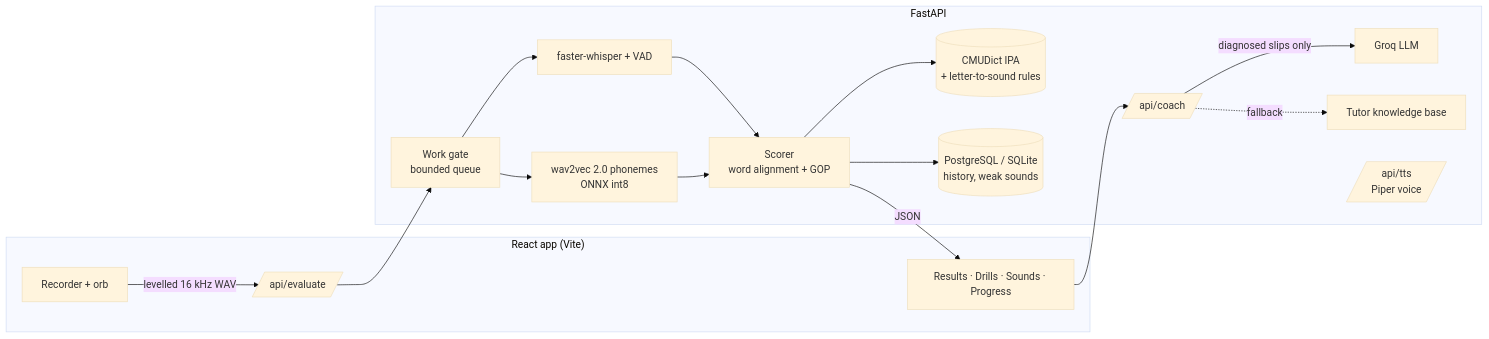
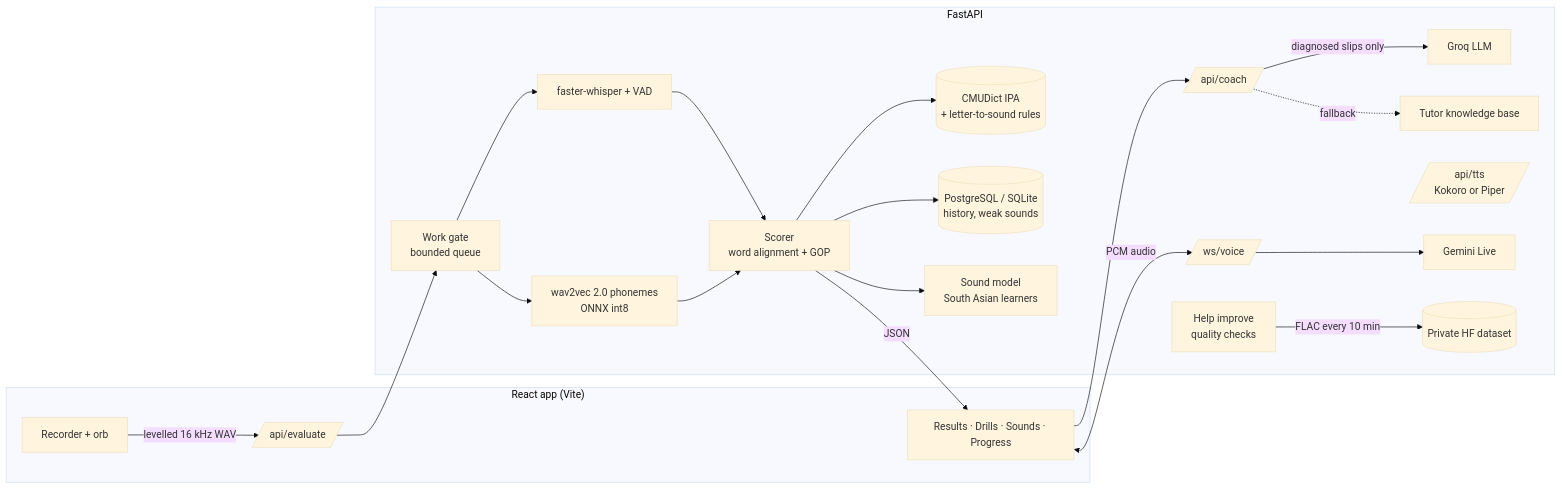
Before and after one commit to alimehdikhan/A.I-Pronunciation-Coach: the second of 2 diagrams in README.md, drawn with Mermaid (base theme). The commit also changed other lines of this file, not shown here.

First line of the commit message:
docs(readme): every tool with its logo, and plainer wording

````diff
--- a/README.md
+++ b/README.md
@@ -782,23 +835,27 @@
 ```mermaid
 flowchart LR
     subgraph Browser["React app (Vite)"]
         Rec[Recorder + orb] -->|levelled 16 kHz WAV| API
         UI[Results · Drills · Sounds · Progress]
     end
 
     subgraph Server["FastAPI"]
         API[/api/evaluate/] --> Gate[Work gate<br/>bounded queue]
         Gate --> Whisper[faster-whisper + VAD]
         Gate --> Phon[wav2vec 2.0 phonemes<br/>ONNX int8]
         Whisper --> Scorer[Scorer<br/>word alignment + GOP]
         Phon --> Scorer
         Scorer --> CMU[(CMUDict IPA<br/>+ letter-to-sound rules)]
         Scorer --> DB[(PostgreSQL / SQLite<br/>history, weak sounds)]
+        Scorer --> SM[Sound model<br/>South Asian learners]
         Coach[/api/coach/] -->|diagnosed slips only| Groq[Groq LLM]
         Coach -.fallback.-> KB[Tutor knowledge base]
-        TTS[/api/tts<br/>Piper voice/]
+        TTS[/api/tts<br/>Kokoro or Piper/]
+        Voice[/ws/voice/] --> Gemini[Gemini Live]
+        Gift[Help improve<br/>quality checks] -->|FLAC every 10 min| HF[(Private HF dataset)]
     end
 
     Scorer -->|JSON| UI
     UI --> Coach
+    UI <-->|PCM audio| Voice
 ```
````
